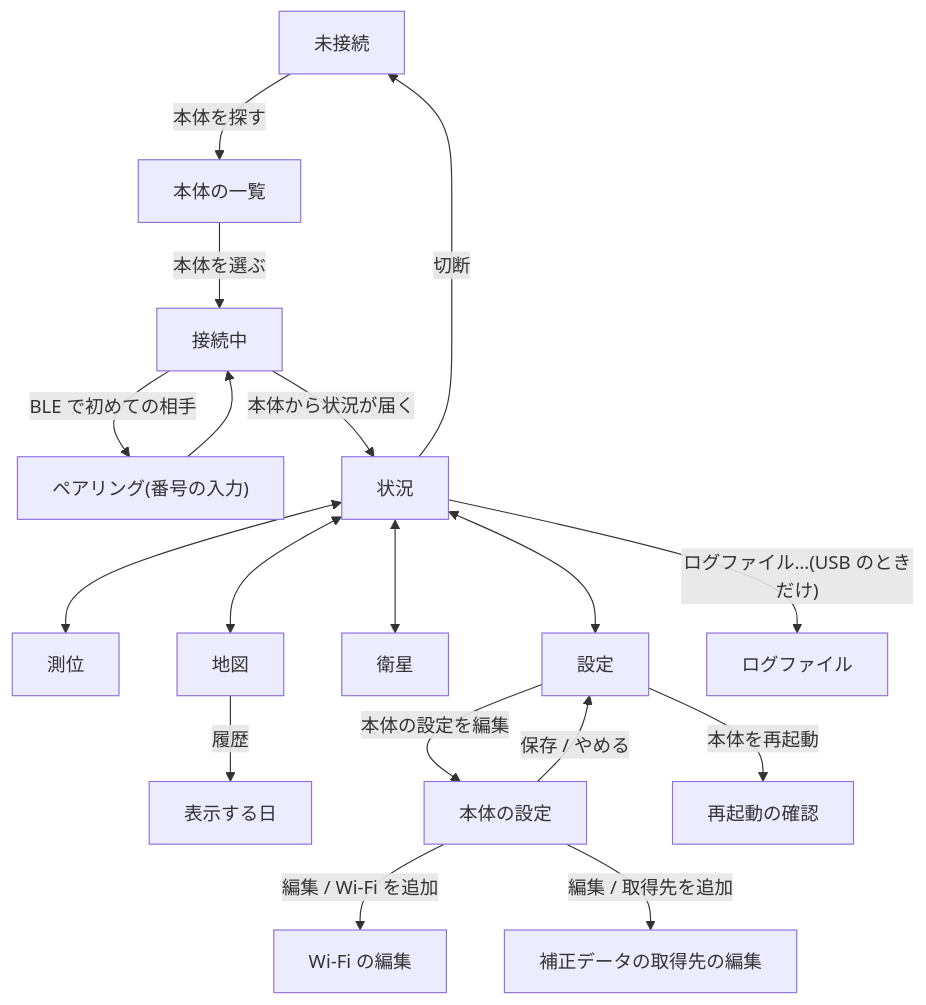
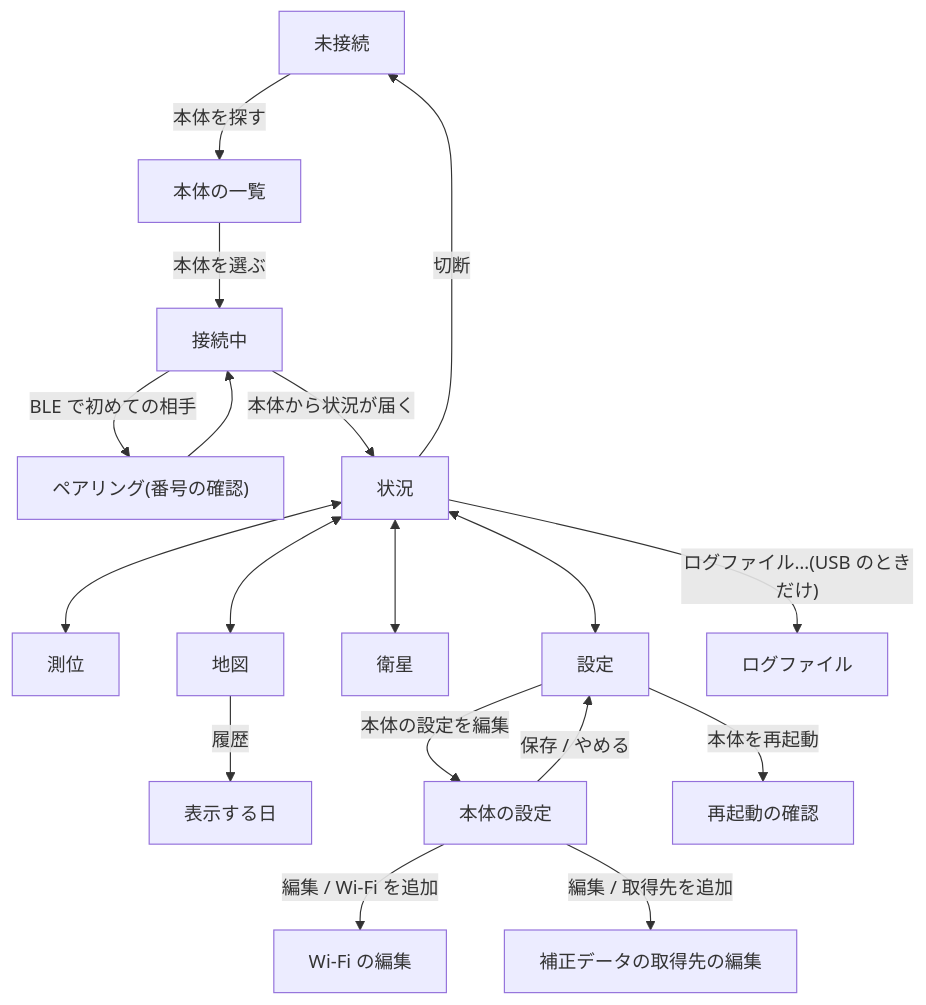
One commit to barikan/m5f9p-s3-rover changed the diagram in docs/screens-windows.md. Above: the diagram before and after it, drawn with Mermaid. The commit also changed other lines of this file and 12 other files, not shown here.

````diff
--- a/docs/screens-windows.md
+++ b/docs/screens-windows.md
@@ -9,23 +9,23 @@
 ```mermaid
 flowchart TD
     Start["未接続"] -- "本体を探す" --> List["本体の一覧"]
     List -- "本体を選ぶ" --> Connecting["接続中"]
-    Connecting -- "BLE で初めての相手" --> Pin["ペアリング(番号の入力)"]
+    Connecting -- "BLE で初めての相手" --> Pin["ペアリング(番号の確認)"]
     Pin --> Connecting
     Connecting -- "本体から状況が届く" --> Status["状況"]
 
     Status <--> Live["測位"]
     Status <--> Map["地図"]
     Status <--> Sats["衛星"]
     Status <--> Settings["設定"]
 
     Status -- "ログファイル…(USB のときだけ)" --> Logs["ログファイル"]
     Map -- "履歴" --> Days["表示する日"]
     Settings -- "本体の設定を編集" --> Config["本体の設定"]
     Config -- "編集 / Wi-Fi を追加" --> WifiEdit["Wi-Fi の編集"]
     Config -- "編集 / 取得先を追加" --> SourceEdit["補正データの取得先の編集"]
     Config -- "保存 / やめる" --> Settings
     Settings -- "本体を再起動" --> Restart["再起動の確認"]
 
     Status -- "切断" --> Start
 ```
````
